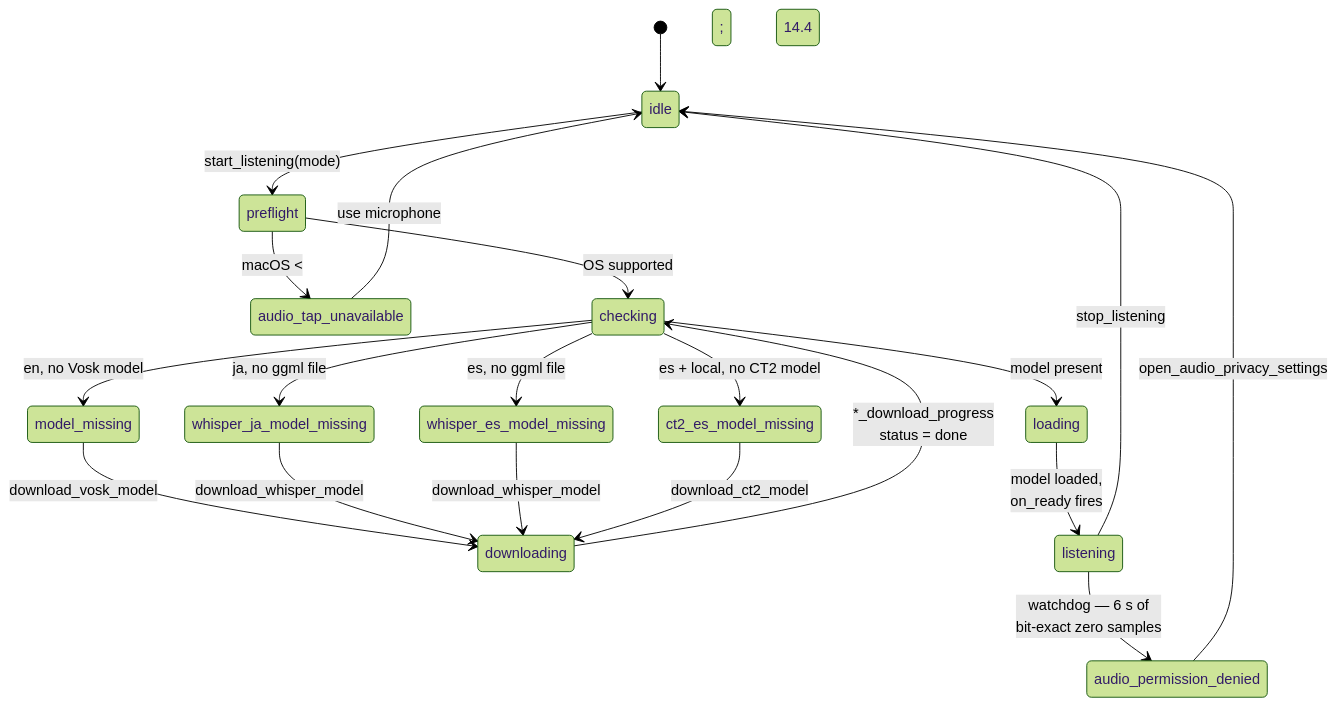
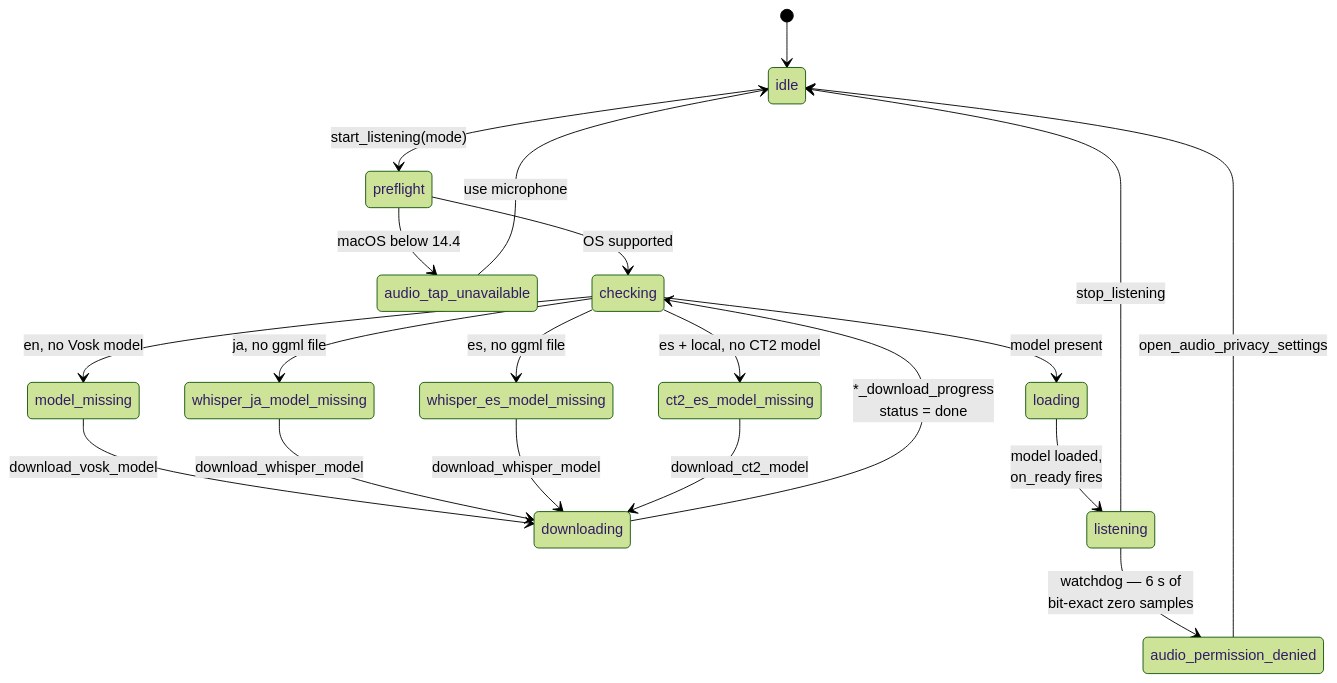
One commit to Pager-dot/vid_translate changed the third of 4 diagrams in README.md. Above: the diagram before and after it, drawn with Mermaid (forest theme). The commit also changed other lines of this file, not shown here.

First line of the commit message:
docs: fix Mermaid labels GitHub refuses to render

````diff
--- a/README.md
+++ b/README.md
@@ -235,27 +235,27 @@
 ```mermaid
 stateDiagram-v2
     [*] --> idle
     idle --> preflight: start_listening(mode)
 
-    preflight --> audio_tap_unavailable: macOS &lt; 14.4
+    preflight --> audio_tap_unavailable: macOS below 14.4
     preflight --> checking: OS supported
 
     checking --> model_missing: en, no Vosk model
     checking --> whisper_ja_model_missing: ja, no ggml file
     checking --> whisper_es_model_missing: es, no ggml file
     checking --> ct2_es_model_missing: es + local, no CT2 model
     checking --> loading: model present
 
     model_missing --> downloading: download_vosk_model
     whisper_ja_model_missing --> downloading: download_whisper_model
     whisper_es_model_missing --> downloading: download_whisper_model
     ct2_es_model_missing --> downloading: download_ct2_model
 
     downloading --> checking: *_download_progress<br/>status = done
 
     loading --> listening: model loaded,<br/>on_ready fires
     listening --> audio_permission_denied: watchdog — 6 s of<br/>bit-exact zero samples
     listening --> idle: stop_listening
     audio_permission_denied --> idle: open_audio_privacy_settings
     audio_tap_unavailable --> idle: use microphone
 ```
````
